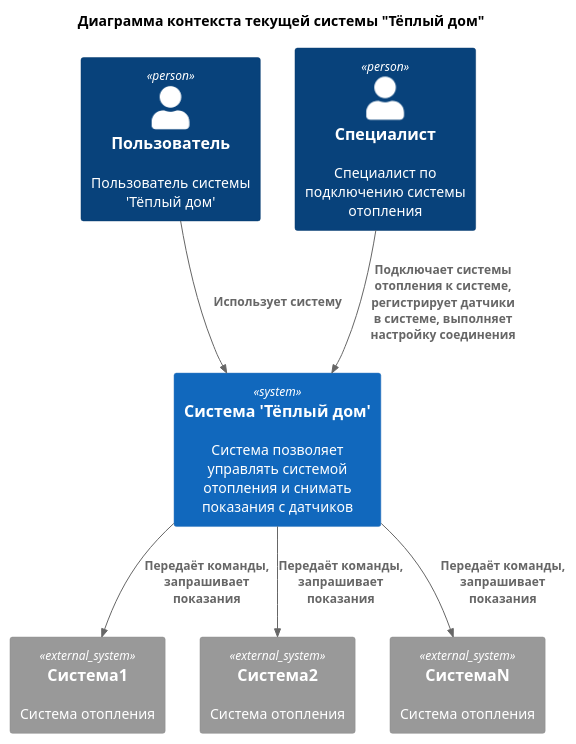
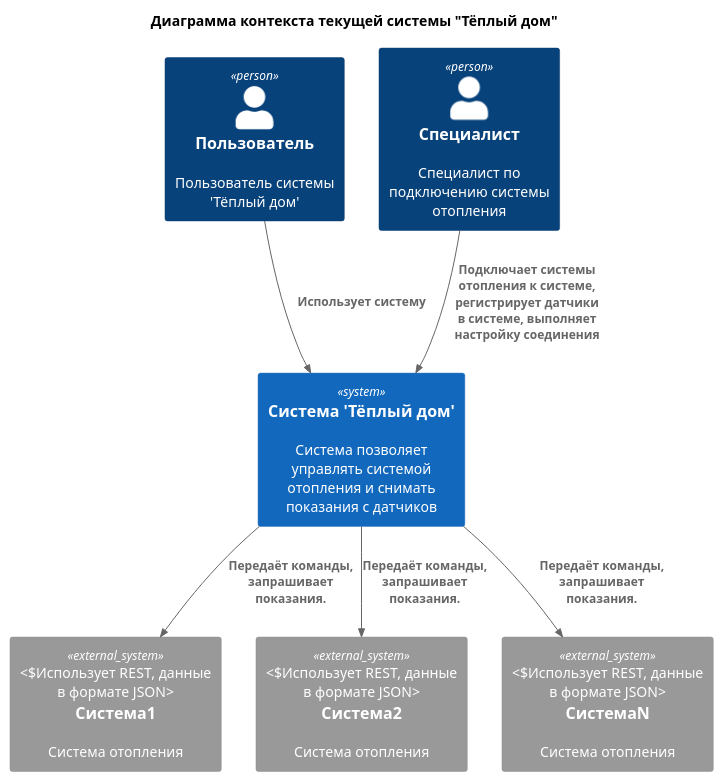
Before and after one commit to hammer-for-you/architecture-warmhouse: the diagram in с4/old-system-context.puml, drawn with PlantUML.

Commit message:
Задание 1. Исправил задание.

```diff
--- a/с4/old-system-context.puml
+++ b/с4/old-system-context.puml
@@ -1,23 +1,23 @@
 @startuml
 title Диаграмма контекста текущей системы "Тёплый дом"
 
 top to bottom direction
 
 !includeurl https://raw.githubusercontent.com/RicardoNiepel/C4-PlantUML/master/C4_Component.puml
 
 Person(user, "Пользователь", "Пользователь системы 'Тёплый дом'")
 Person(connectionEngineer, "Специалист", "Специалист по подключению системы отопления")
 
 System(warmhouseSystem, "Система 'Тёплый дом'", "Система позволяет управлять системой отопления и снимать показания с датчиков")
 
-System_Ext(heatingSystem1, "Система1", "Система отопления")
-System_Ext(heatingSystem2, "Система2", "Система отопления")
-System_Ext(heatingSystemN, "СистемаN", "Система отопления")
+System_Ext(heatingSystem1, "Система1", "Система отопления", "Использует REST, данные в формате JSON")
+System_Ext(heatingSystem2, "Система2", "Система отопления", "Использует REST, данные в формате JSON")
+System_Ext(heatingSystemN, "СистемаN", "Система отопления", "Использует REST, данные в формате JSON")
 
 Rel(user, warmhouseSystem, "Использует систему")
 Rel(connectionEngineer, warmhouseSystem, "Подключает системы отопления к системе, регистрирует датчики в системе, выполняет настройку соединения")
-Rel(warmhouseSystem, heatingSystem1, "Передаёт команды, запрашивает показания")
-Rel(warmhouseSystem, heatingSystem2, "Передаёт команды, запрашивает показания")
-Rel(warmhouseSystem, heatingSystemN, "Передаёт команды, запрашивает показания")
+Rel(warmhouseSystem, heatingSystem1, "Передаёт команды, запрашивает показания.")
+Rel(warmhouseSystem, heatingSystem2, "Передаёт команды, запрашивает показания.")
+Rel(warmhouseSystem, heatingSystemN, "Передаёт команды, запрашивает показания.")
 
 @enduml
```
